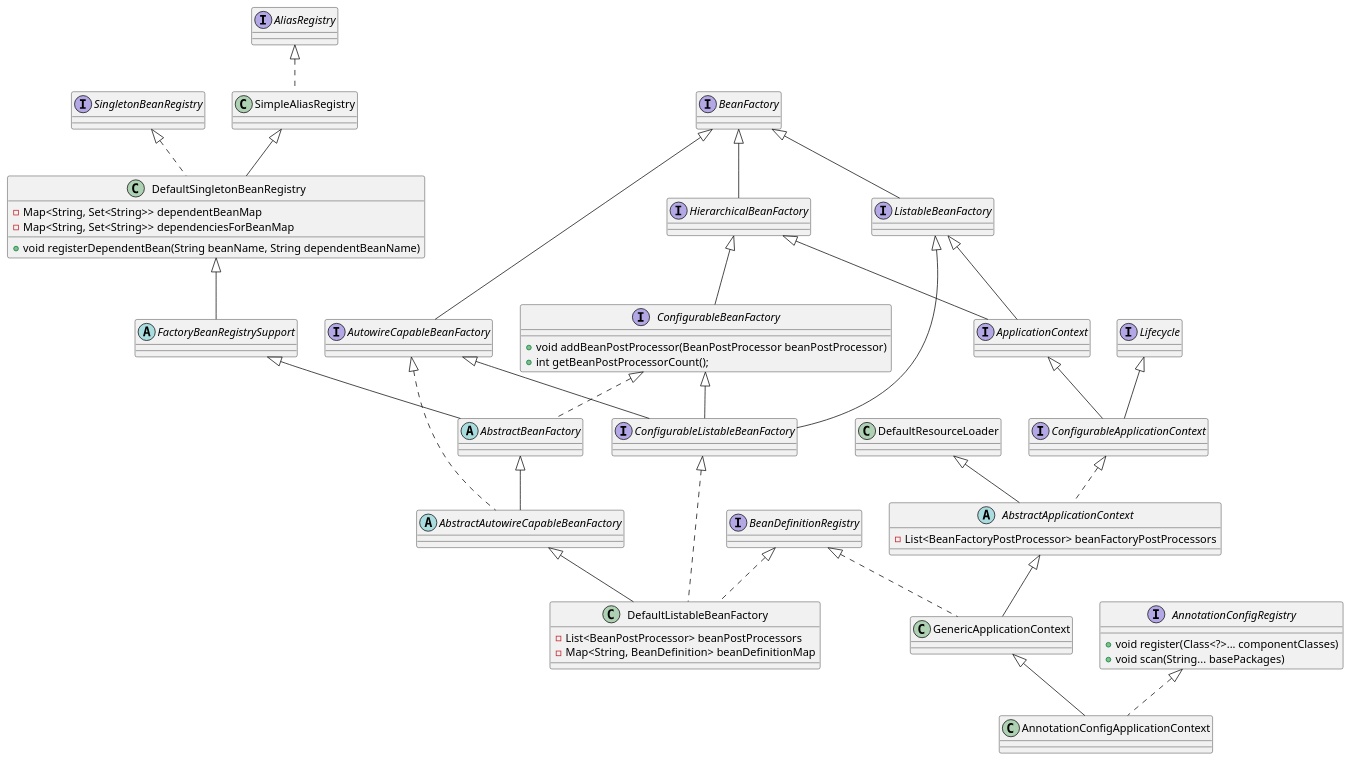
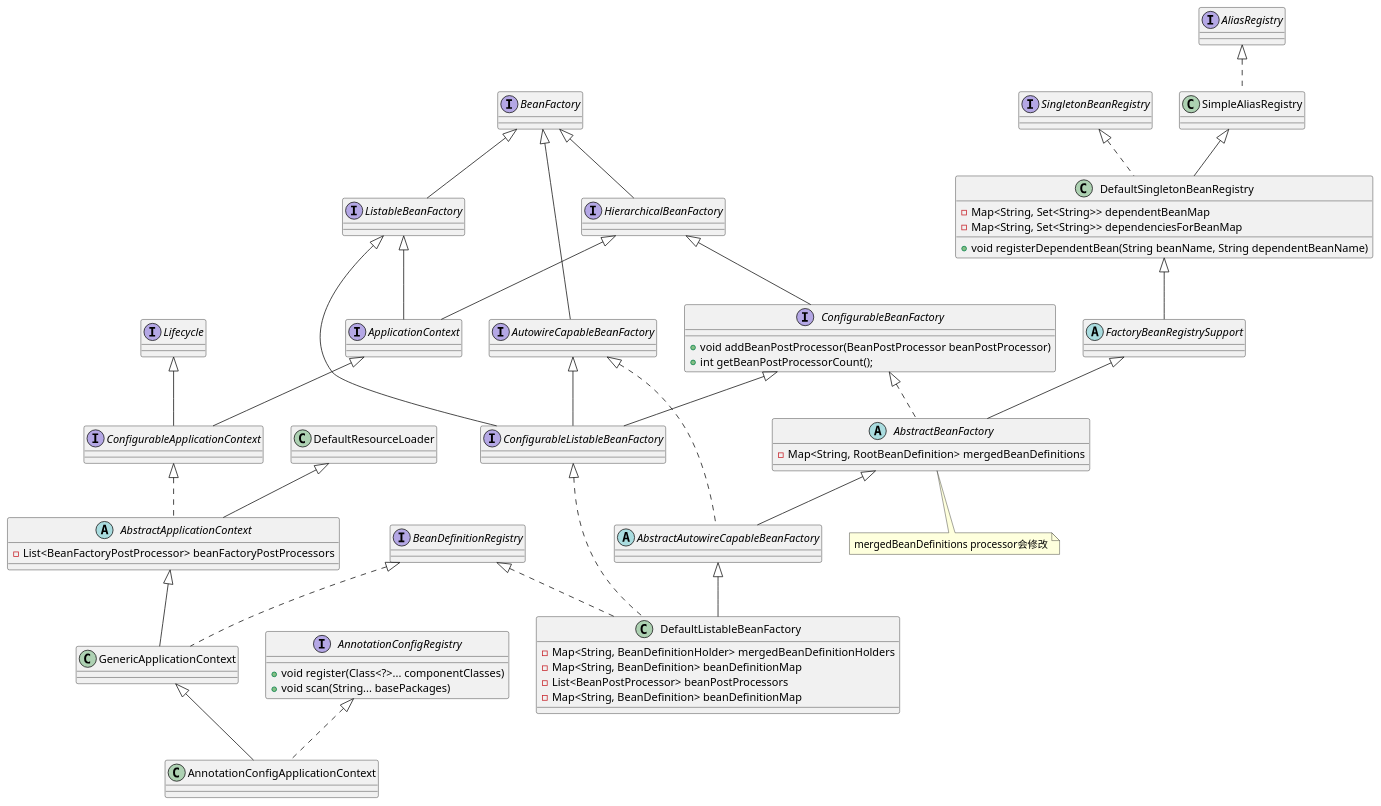
One commit to FHJ2020/spring-uml changed the diagram in uml/src/main/java/clz/FactoryAndContext.puml. Above: the diagram before and after it, drawn with PlantUML. The commit also changed 3 other files, not shown here.

```diff
--- a/uml/src/main/java/clz/FactoryAndContext.puml
+++ b/uml/src/main/java/clz/FactoryAndContext.puml
@@ -1,44 +1,53 @@
 @startuml
 
 interface BeanFactory
 interface ListableBeanFactory extends BeanFactory
 interface AutowireCapableBeanFactory extends BeanFactory
 interface HierarchicalBeanFactory extends BeanFactory
 interface ConfigurableBeanFactory extends HierarchicalBeanFactory{
     + void addBeanPostProcessor(BeanPostProcessor beanPostProcessor)
     + int getBeanPostProcessorCount();
 }
 interface ConfigurableListableBeanFactory extends ListableBeanFactory, AutowireCapableBeanFactory, ConfigurableBeanFactory
 
 class DefaultListableBeanFactory extends AbstractAutowireCapableBeanFactory implements ConfigurableListableBeanFactory, BeanDefinitionRegistry{
+    - Map<String, BeanDefinitionHolder> mergedBeanDefinitionHolders
+    - Map<String, BeanDefinition> beanDefinitionMap
     - List<BeanPostProcessor> beanPostProcessors
     - Map<String, BeanDefinition> beanDefinitionMap
 
 }
 
 
 interface ApplicationContext extends  ListableBeanFactory, HierarchicalBeanFactory
 interface ConfigurableApplicationContext extends ApplicationContext, Lifecycle
 abstract class AbstractApplicationContext extends DefaultResourceLoader implements ConfigurableApplicationContext{
     - List<BeanFactoryPostProcessor> beanFactoryPostProcessors
 }
 abstract class AbstractAutowireCapableBeanFactory extends AbstractBeanFactory implements AutowireCapableBeanFactory
 
 interface AliasRegistry
 class SimpleAliasRegistry implements AliasRegistry
 class DefaultSingletonBeanRegistry extends SimpleAliasRegistry implements SingletonBeanRegistry{
     - Map<String, Set<String>> dependentBeanMap
     - Map<String, Set<String>> dependenciesForBeanMap
     + void registerDependentBean(String beanName, String dependentBeanName)
 }
 
-abstract class AbstractBeanFactory extends FactoryBeanRegistrySupport implements ConfigurableBeanFactory
+abstract class AbstractBeanFactory extends FactoryBeanRegistrySupport implements ConfigurableBeanFactory{
+    - Map<String, RootBeanDefinition> mergedBeanDefinitions
+}
+note bottom of AbstractBeanFactory
+mergedBeanDefinitions processor会修改
+end note
+
+
 abstract class FactoryBeanRegistrySupport extends DefaultSingletonBeanRegistry
 
 class GenericApplicationContext extends AbstractApplicationContext implements BeanDefinitionRegistry
 class AnnotationConfigApplicationContext extends GenericApplicationContext implements AnnotationConfigRegistry
 interface AnnotationConfigRegistry{
 	+ void register(Class<?>... componentClasses)
 	+ void scan(String... basePackages)
 }
 @enduml
```
